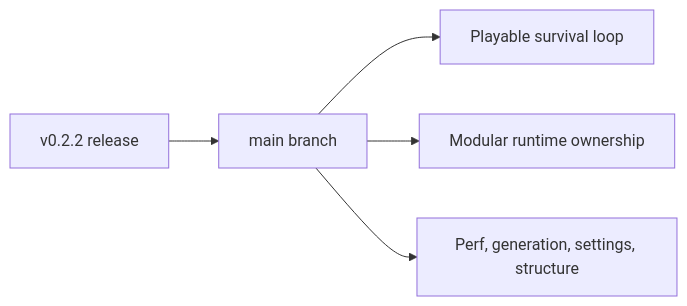
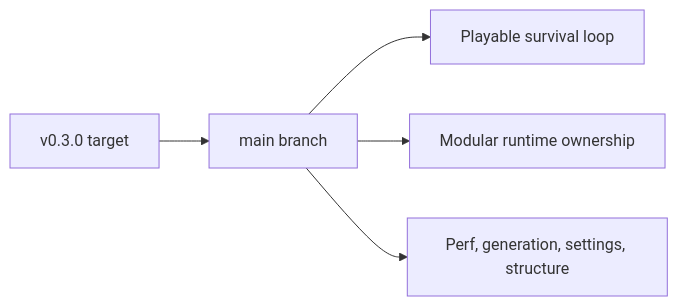
Before and after one commit to AlexAgo83/emberwake: the second of 10 diagrams in README.md, drawn with Mermaid. The commit also changed other lines of this file and 3 other files, not shown here.

````diff
--- a/README.md
+++ b/README.md
@@ -48,7 +48,7 @@
 ```mermaid
 flowchart LR
-    Release[v0.2.2 release] --> Main[main branch]
+    Release[v0.3.0 target] --> Main[main branch]
     Main --> Playable[Playable survival loop]
     Main --> Modular[Modular runtime ownership]
     Main --> Next[Perf, generation, settings, structure]
 ```
````
